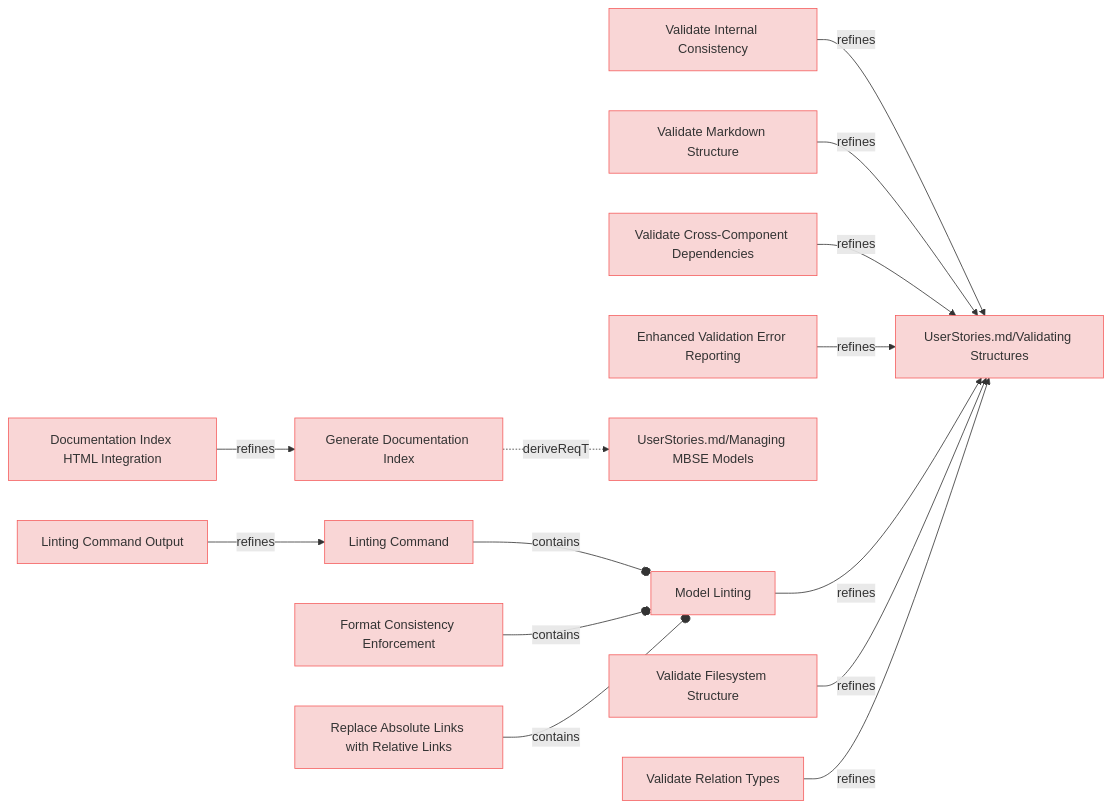
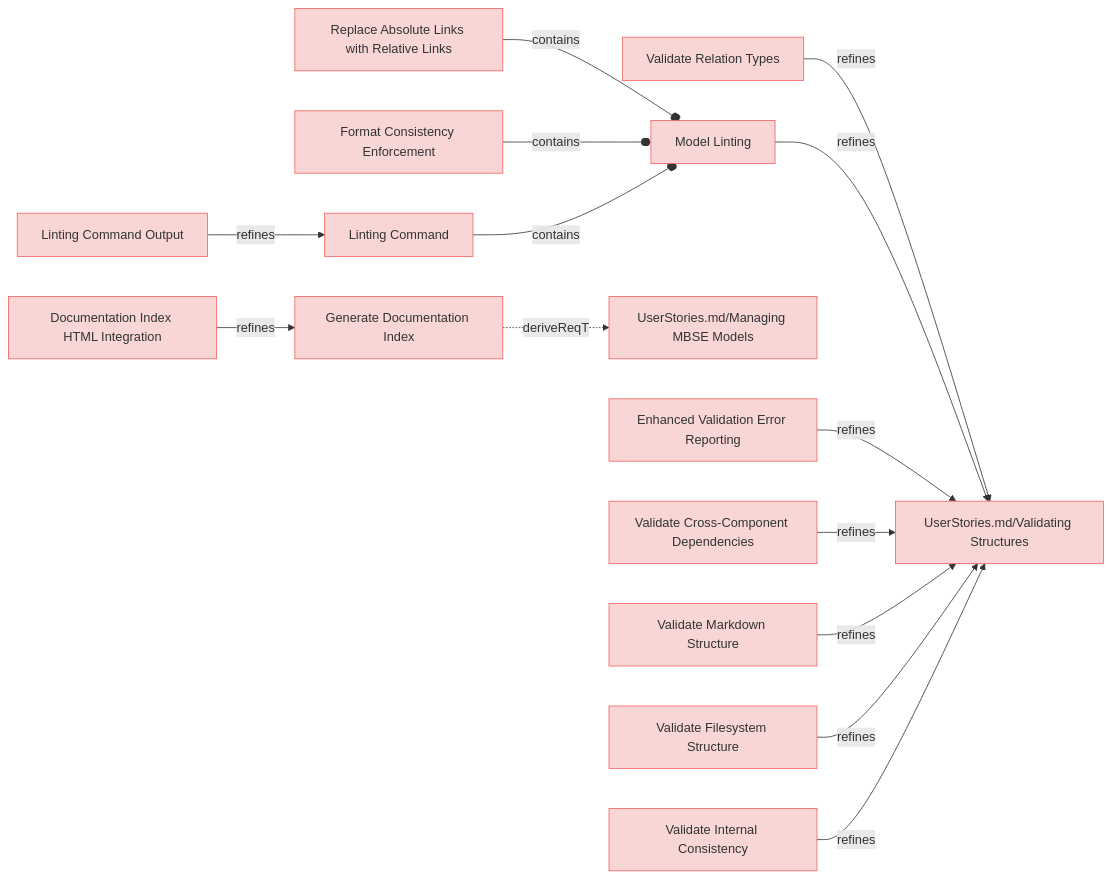
One commit to reqvire-org/reqvire changed the third of 9 diagrams in specifications/UserRequirements.md. Above: the diagram before and after it, drawn with Mermaid. The commit also changed other lines of this file and 17 other files, not shown here.

Commit message:
Auto-generate diagrams after PR merge to main

````diff
--- a/specifications/UserRequirements.md
+++ b/specifications/UserRequirements.md
@@ -147,67 +147,67 @@
 ```mermaid
 graph LR;
   %% Graph styling
   classDef requirement fill:#f9d6d6,stroke:#f55f5f,stroke-width:1px;
   classDef verification fill:#d6f9d6,stroke:#5fd75f,stroke-width:1px;
   classDef externalLink fill:#d0e0ff,stroke:#3080ff,stroke-width:1px;
   classDef default fill:#f5f5f5,stroke:#333333,stroke-width:1px;
 
-  9e524ac696c43a26["Validate Internal Consistency"];
-  click 9e524ac696c43a26 "https://github.com/ilijaljubicic/ReqFlow/blob/29a17f176519a28e973567d4102beb95f41075ed/specifications/UserRequirements.md#validate-internal-consistency";
-  class 9e524ac696c43a26 requirement;
-  a60d88b6e2cb3842["UserStories.md/Validating Structures"];
-  class a60d88b6e2cb3842 requirement;
-  click a60d88b6e2cb3842 "https://github.com/ilijaljubicic/ReqFlow/blob/29a17f176519a28e973567d4102beb95f41075ed/specifications/UserStories.md#validating-structures";
-  9e524ac696c43a26 -->|refines| a60d88b6e2cb3842;
-  7b1772417b3ad5e["Validate Markdown Structure"];
-  click 7b1772417b3ad5e "https://github.com/ilijaljubicic/ReqFlow/blob/29a17f176519a28e973567d4102beb95f41075ed/specifications/UserRequirements.md#validate-markdown-structure";
-  class 7b1772417b3ad5e requirement;
-  7b1772417b3ad5e -->|refines| a60d88b6e2cb3842;
-  887a7d36caacab2b["Linting Command"];
-  click 887a7d36caacab2b "https://github.com/ilijaljubicic/ReqFlow/blob/29a17f176519a28e973567d4102beb95f41075ed/specifications/UserRequirements.md#linting-command";
-  class 887a7d36caacab2b requirement;
-  103ddb8dc3242215["Model Linting"];
-  class 103ddb8dc3242215 requirement;
-  click 103ddb8dc3242215 "https://github.com/ilijaljubicic/ReqFlow/blob/29a17f176519a28e973567d4102beb95f41075ed/specifications/UserRequirements.md#model-linting";
-  887a7d36caacab2b --o|contains| 103ddb8dc3242215;
-  6e40bf9f83a718fa["Validate Cross-Component Dependencies"];
-  click 6e40bf9f83a718fa "https://github.com/ilijaljubicic/ReqFlow/blob/29a17f176519a28e973567d4102beb95f41075ed/specifications/UserRequirements.md#validate-cross-component-dependencies";
-  class 6e40bf9f83a718fa requirement;
-  6e40bf9f83a718fa -->|refines| a60d88b6e2cb3842;
-  81758bdb22a3329d["Format Consistency Enforcement"];
-  click 81758bdb22a3329d "https://github.com/ilijaljubicic/ReqFlow/blob/29a17f176519a28e973567d4102beb95f41075ed/specifications/UserRequirements.md#format-consistency-enforcement";
-  class 81758bdb22a3329d requirement;
-  81758bdb22a3329d --o|contains| 103ddb8dc3242215;
-  f5b5eaeb28c5a7b1["Generate Documentation Index"];
-  click f5b5eaeb28c5a7b1 "https://github.com/ilijaljubicic/ReqFlow/blob/29a17f176519a28e973567d4102beb95f41075ed/specifications/UserRequirements.md#generate-documentation-index";
-  class f5b5eaeb28c5a7b1 requirement;
-  852dea6cfecb47f5["UserStories.md/Managing MBSE Models"];
-  class 852dea6cfecb47f5 requirement;
-  click 852dea6cfecb47f5 "https://github.com/ilijaljubicic/ReqFlow/blob/29a17f176519a28e973567d4102beb95f41075ed/specifications/UserStories.md#managing-mbse-models";
-  f5b5eaeb28c5a7b1 -.->|deriveReqT| 852dea6cfecb47f5;
-  7cf5cf9900076be6["Enhanced Validation Error Reporting"];
-  click 7cf5cf9900076be6 "https://github.com/ilijaljubicic/ReqFlow/blob/29a17f176519a28e973567d4102beb95f41075ed/specifications/UserRequirements.md#enhanced-validation-error-reporting";
-  class 7cf5cf9900076be6 requirement;
-  7cf5cf9900076be6 -->|refines| a60d88b6e2cb3842;
-  103ddb8dc3242215 -->|refines| a60d88b6e2cb3842;
-  d834cc4bc9dbb07c["Validate Filesystem Structure"];
-  click d834cc4bc9dbb07c "https://github.com/ilijaljubicic/ReqFlow/blob/29a17f176519a28e973567d4102beb95f41075ed/specifications/UserRequirements.md#validate-filesystem-structure";
-  class d834cc4bc9dbb07c requirement;
-  d834cc4bc9dbb07c -->|refines| a60d88b6e2cb3842;
-  808b1863c88b26c4["Linting Command Output"];
-  click 808b1863c88b26c4 "https://github.com/ilijaljubicic/ReqFlow/blob/29a17f176519a28e973567d4102beb95f41075ed/specifications/UserRequirements.md#linting-command-output";
-  class 808b1863c88b26c4 requirement;
-  808b1863c88b26c4 -->|refines| 887a7d36caacab2b;
-  e1c89b5d94837122["Documentation Index HTML Integration"];
-  click e1c89b5d94837122 "https://github.com/ilijaljubicic/ReqFlow/blob/29a17f176519a28e973567d4102beb95f41075ed/specifications/UserRequirements.md#documentation-index-html-integration";
-  class e1c89b5d94837122 requirement;
-  e1c89b5d94837122 -->|refines| f5b5eaeb28c5a7b1;
-  85f6854a4607b76b["Replace Absolute Links with Relative Links"];
-  click 85f6854a4607b76b "https://github.com/ilijaljubicic/ReqFlow/blob/29a17f176519a28e973567d4102beb95f41075ed/specifications/UserRequirements.md#replace-absolute-links-with-relative-links";
-  class 85f6854a4607b76b requirement;
-  85f6854a4607b76b --o|contains| 103ddb8dc3242215;
-  e587d63764466914["Validate Relation Types"];
-  click e587d63764466914 "https://github.com/ilijaljubicic/ReqFlow/blob/29a17f176519a28e973567d4102beb95f41075ed/specifications/UserRequirements.md#validate-relation-types";
-  class e587d63764466914 requirement;
-  e587d63764466914 -->|refines| a60d88b6e2cb3842;
+  d5b992a94f4d6669["Validate Relation Types"];
+  click d5b992a94f4d6669 "https://github.com/ilijaljubicic/ReqFlow/blob/73d5ae1d93adea71fdf4cc508be4d1ae09be068f/specifications/UserRequirements.md#validate-relation-types";
+  class d5b992a94f4d6669 requirement;
+  725d90f6f42e9407["UserStories.md/Validating Structures"];
+  class 725d90f6f42e9407 requirement;
+  click 725d90f6f42e9407 "https://github.com/ilijaljubicic/ReqFlow/blob/73d5ae1d93adea71fdf4cc508be4d1ae09be068f/specifications/UserStories.md#validating-structures";
+  d5b992a94f4d6669 -->|refines| 725d90f6f42e9407;
+  d7e3e4aadbe49925["Replace Absolute Links with Relative Links"];
+  click d7e3e4aadbe49925 "https://github.com/ilijaljubicic/ReqFlow/blob/73d5ae1d93adea71fdf4cc508be4d1ae09be068f/specifications/UserRequirements.md#replace-absolute-links-with-relative-links";
+  class d7e3e4aadbe49925 requirement;
+  a479ae0b8d8c4fce["Model Linting"];
+  class a479ae0b8d8c4fce requirement;
+  click a479ae0b8d8c4fce "https://github.com/ilijaljubicic/ReqFlow/blob/73d5ae1d93adea71fdf4cc508be4d1ae09be068f/specifications/UserRequirements.md#model-linting";
+  d7e3e4aadbe49925 --o|contains| a479ae0b8d8c4fce;
+  b692557f47cee0f7["Format Consistency Enforcement"];
+  click b692557f47cee0f7 "https://github.com/ilijaljubicic/ReqFlow/blob/73d5ae1d93adea71fdf4cc508be4d1ae09be068f/specifications/UserRequirements.md#format-consistency-enforcement";
+  class b692557f47cee0f7 requirement;
+  b692557f47cee0f7 --o|contains| a479ae0b8d8c4fce;
+  a479ae0b8d8c4fce -->|refines| 725d90f6f42e9407;
+  fe8919c53f8115d7["Linting Command Output"];
+  click fe8919c53f8115d7 "https://github.com/ilijaljubicic/ReqFlow/blob/73d5ae1d93adea71fdf4cc508be4d1ae09be068f/specifications/UserRequirements.md#linting-command-output";
+  class fe8919c53f8115d7 requirement;
+  51a11693af2e41fb["Linting Command"];
+  class 51a11693af2e41fb requirement;
+  click 51a11693af2e41fb "https://github.com/ilijaljubicic/ReqFlow/blob/73d5ae1d93adea71fdf4cc508be4d1ae09be068f/specifications/UserRequirements.md#linting-command";
+  fe8919c53f8115d7 -->|refines| 51a11693af2e41fb;
+  9f579ceba1c84b17["Documentation Index HTML Integration"];
+  click 9f579ceba1c84b17 "https://github.com/ilijaljubicic/ReqFlow/blob/73d5ae1d93adea71fdf4cc508be4d1ae09be068f/specifications/UserRequirements.md#documentation-index-html-integration";
+  class 9f579ceba1c84b17 requirement;
+  c7c34d508e89ee3c["Generate Documentation Index"];
+  class c7c34d508e89ee3c requirement;
+  click c7c34d508e89ee3c "https://github.com/ilijaljubicic/ReqFlow/blob/73d5ae1d93adea71fdf4cc508be4d1ae09be068f/specifications/UserRequirements.md#generate-documentation-index";
+  9f579ceba1c84b17 -->|refines| c7c34d508e89ee3c;
+  a469d82e490f4e4["UserStories.md/Managing MBSE Models"];
+  class a469d82e490f4e4 requirement;
+  click a469d82e490f4e4 "https://github.com/ilijaljubicic/ReqFlow/blob/73d5ae1d93adea71fdf4cc508be4d1ae09be068f/specifications/UserStories.md#managing-mbse-models";
+  c7c34d508e89ee3c -.->|deriveReqT| a469d82e490f4e4;
+  51a11693af2e41fb --o|contains| a479ae0b8d8c4fce;
+  ad1bea65795cf377["Enhanced Validation Error Reporting"];
+  click ad1bea65795cf377 "https://github.com/ilijaljubicic/ReqFlow/blob/73d5ae1d93adea71fdf4cc508be4d1ae09be068f/specifications/UserRequirements.md#enhanced-validation-error-reporting";
+  class ad1bea65795cf377 requirement;
+  ad1bea65795cf377 -->|refines| 725d90f6f42e9407;
+  a6c1d4d1f6866aa8["Validate Cross-Component Dependencies"];
+  click a6c1d4d1f6866aa8 "https://github.com/ilijaljubicic/ReqFlow/blob/73d5ae1d93adea71fdf4cc508be4d1ae09be068f/specifications/UserRequirements.md#validate-cross-component-dependencies";
+  class a6c1d4d1f6866aa8 requirement;
+  a6c1d4d1f6866aa8 -->|refines| 725d90f6f42e9407;
+  cc431fdb7d8cadde["Validate Markdown Structure"];
+  click cc431fdb7d8cadde "https://github.com/ilijaljubicic/ReqFlow/blob/73d5ae1d93adea71fdf4cc508be4d1ae09be068f/specifications/UserRequirements.md#validate-markdown-structure";
+  class cc431fdb7d8cadde requirement;
+  cc431fdb7d8cadde -->|refines| 725d90f6f42e9407;
+  c95011b2518dcd9d["Validate Filesystem Structure"];
+  click c95011b2518dcd9d "https://github.com/ilijaljubicic/ReqFlow/blob/73d5ae1d93adea71fdf4cc508be4d1ae09be068f/specifications/UserRequirements.md#validate-filesystem-structure";
+  class c95011b2518dcd9d requirement;
+  c95011b2518dcd9d -->|refines| 725d90f6f42e9407;
+  38ec9e189e6980d7["Validate Internal Consistency"];
+  click 38ec9e189e6980d7 "https://github.com/ilijaljubicic/ReqFlow/blob/73d5ae1d93adea71fdf4cc508be4d1ae09be068f/specifications/UserRequirements.md#validate-internal-consistency";
+  class 38ec9e189e6980d7 requirement;
+  38ec9e189e6980d7 -->|refines| 725d90f6f42e9407;
 ```
````
